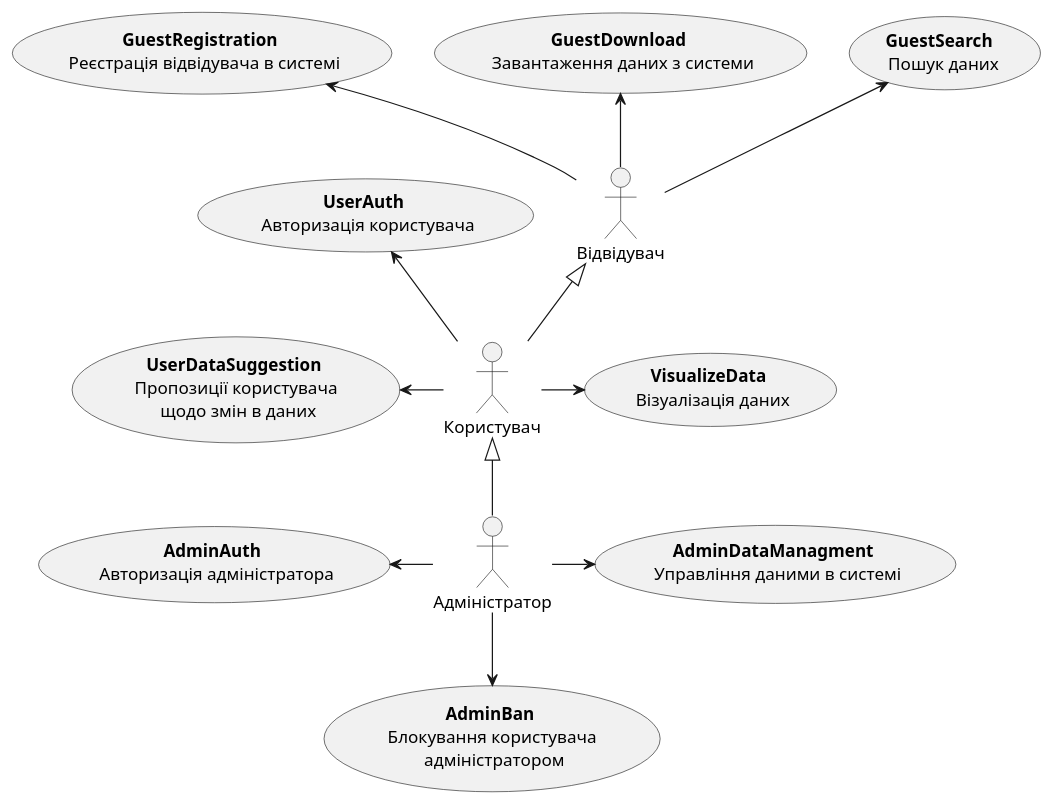
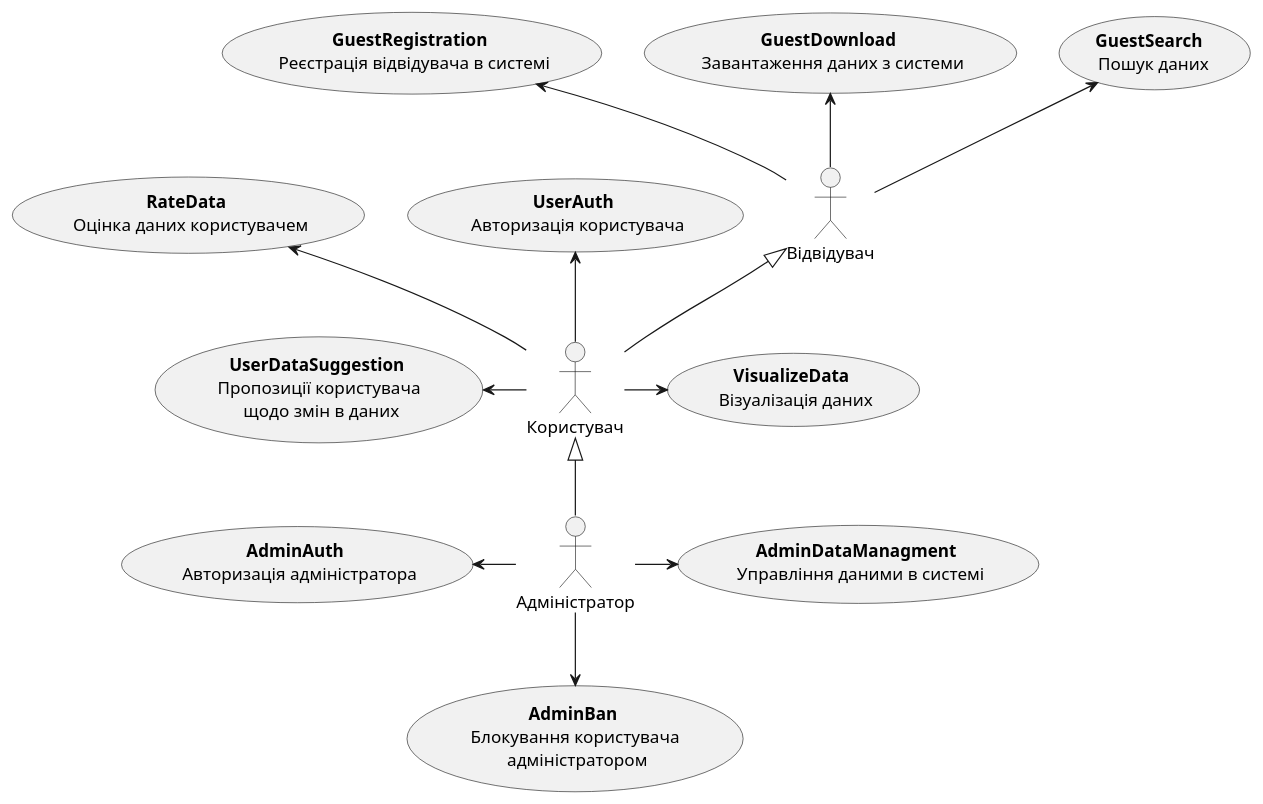
The diagram in docs/use cases/puml/use-case-01.puml (dimatortik/db-course-theme2), drawn with PlantUML before and after one commit. The commit also changed 6 other files, not shown here.

Commit message:
add BE and ER models

```diff
--- a/docs/use cases/puml/use-case-01.puml
+++ b/docs/use cases/puml/use-case-01.puml
@@ -8,35 +8,37 @@
 @startuml
 
     actor "Відвідувач" as Visitor
     actor "Користувач" as User
     actor "Адміністратор" as Admin
 
     usecase "<b>GuestSearch<b> \n Пошук даних" as UC_1
     usecase "<b>GuestDownload<b> \n Завантаження даних з системи" as UC_2
     usecase "<b>GuestRegistration<b> \n Реєстрація відвідувача в системі" as UC_3
     
     usecase "<b>UserAuth<b> \n Авторизація користувача" as UC_4
     usecase "<b>UserDataSuggestion<b> \n Пропозиції користувача \n щодо змін в даних" as UC_5
     usecase "<b>VisualizeData<b> \n Візуалізація даних" as UC_6
+    usecase "<b>RateData<b> \n Оцінка даних користувачем" as UC_R
     
     usecase "<b>AdminAuth<b> \n Авторизація адміністратора" as UC_7
     usecase "<b>AdminDataManagment<b> \n Управління даними в системі" as UC_8
     usecase "<b>AdminBan<b> \n Блокування користувача \n адміністратором" as UC_9
     
     
     User -u-> UC_4
     User -l-> UC_5
     User -r-> UC_6
+    User -u-> UC_R
     
     Visitor -u-> UC_1  
     Visitor -u-> UC_2
     Visitor -u-> UC_3
     
     Admin -l-> UC_7 
     Admin -r-> UC_8
     Admin --> UC_9
     
     Admin -u-|> User
     User -u-|> Visitor
 
 @enduml
```
